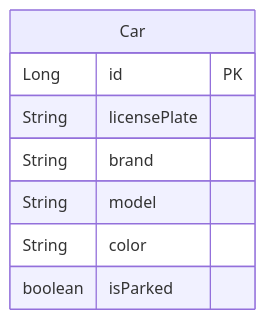
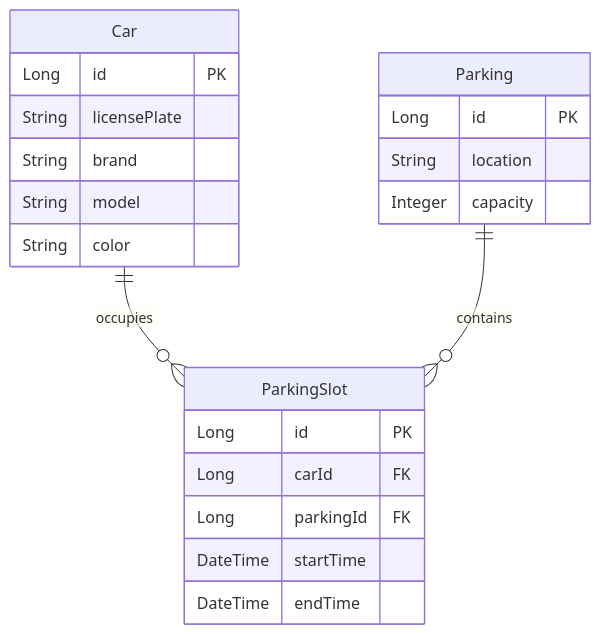
The diagram in README.md (hoangnm/car-parking), drawn with Mermaid before and after one commit.

Commit message:
update ER

````diff
--- a/README.md
+++ b/README.md
@@ -7,11 +7,24 @@
 ```mermaid
 erDiagram
     Car {
         Long id PK
         String licensePlate
         String brand
         String model
         String color
-        boolean isParked
     }
+    Parking {
+        Long id PK
+        String location
+        Integer capacity
+    }
+    ParkingSlot {
+        Long id PK
+        Long carId FK
+        Long parkingId FK
+        DateTime startTime
+        DateTime endTime
+    }
+    Car ||--o{ ParkingSlot : "occupies"
+    Parking ||--o{ ParkingSlot : "contains"
 ```
````
